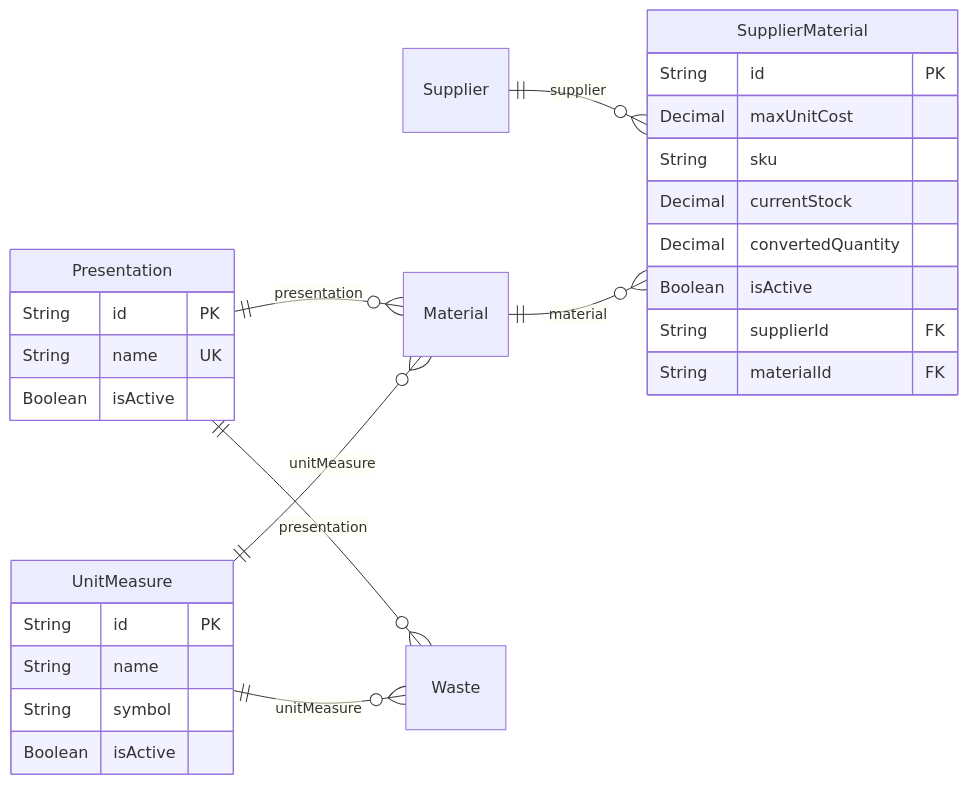
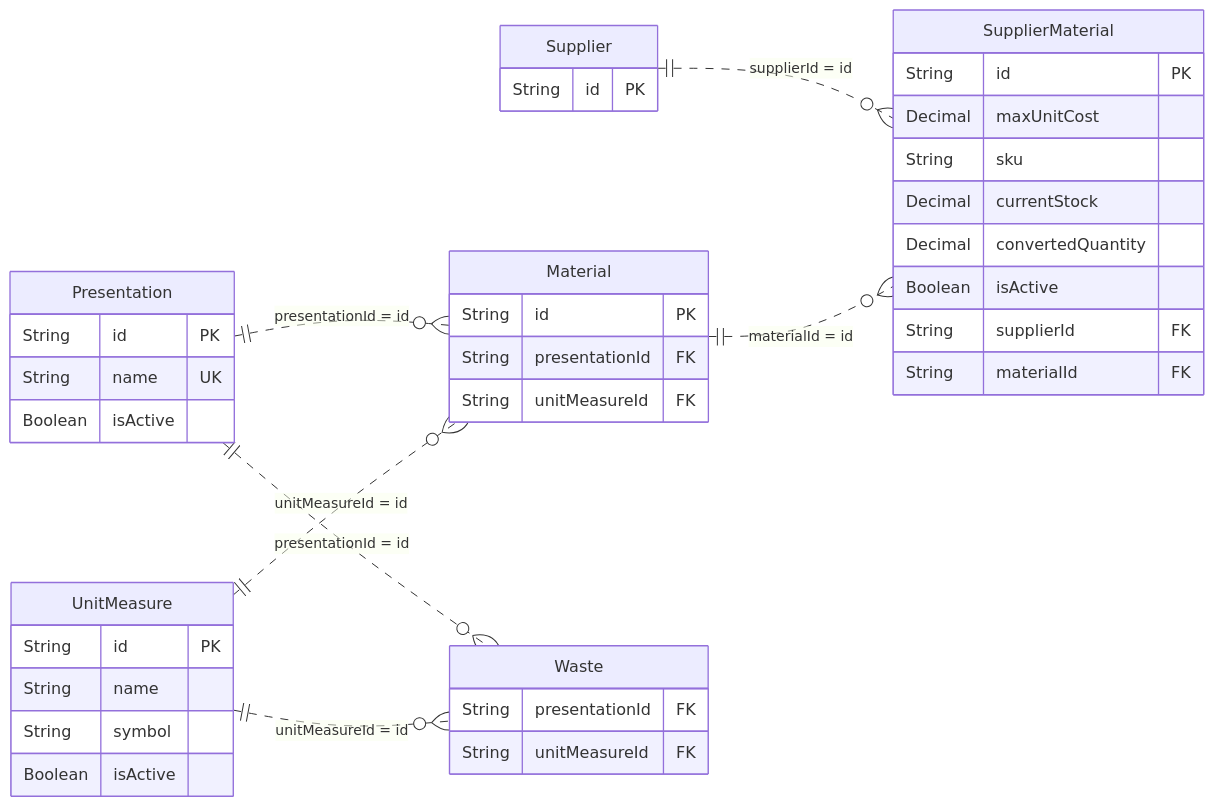
One commit to gpgsistemas01/nexus changed the sixth of 14 diagrams in docs/architecture/views/logical/data-and-persistence/generated/database-schema.md. Above: the diagram before and after it, drawn with Mermaid. The commit also changed other lines of this file and 20 other files, not shown here.

Commit message:
docs: corregir relaciones ER y notación UML de diagramas

````diff
--- a/docs/architecture/views/logical/data-and-persistence/generated/database-schema.md
+++ b/docs/architecture/views/logical/data-and-persistence/generated/database-schema.md
@@ -213,31 +350,43 @@
 ```mermaid
 erDiagram
     direction LR
     UnitMeasure {
         String id PK
         String name
         String symbol
         Boolean isActive
     }
     Presentation {
         String id PK
         String name UK
         Boolean isActive
     }
     SupplierMaterial {
         String id PK
         Decimal maxUnitCost
         String sku
         Decimal currentStock
         Decimal convertedQuantity
         Boolean isActive
         String supplierId FK
         String materialId FK
     }
-    Presentation ||--o{ Material : "presentation"
-    UnitMeasure ||--o{ Material : "unitMeasure"
-    Supplier ||--o{ SupplierMaterial : "supplier"
-    Material ||--o{ SupplierMaterial : "material"
-    Presentation ||--o{ Waste : "presentation"
-    UnitMeasure ||--o{ Waste : "unitMeasure"
+    Material {
+        String id PK
+        String presentationId FK
+        String unitMeasureId FK
+    }
+    Supplier {
+        String id PK
+    }
+    Waste {
+        String presentationId FK
+        String unitMeasureId FK
+    }
+    Presentation ||..o{ Material : "presentationId = id"
+    UnitMeasure ||..o{ Material : "unitMeasureId = id"
+    Supplier ||..o{ SupplierMaterial : "supplierId = id"
+    Material ||..o{ SupplierMaterial : "materialId = id"
+    Presentation ||..o{ Waste : "presentationId = id"
+    UnitMeasure ||..o{ Waste : "unitMeasureId = id"
 ```
````
